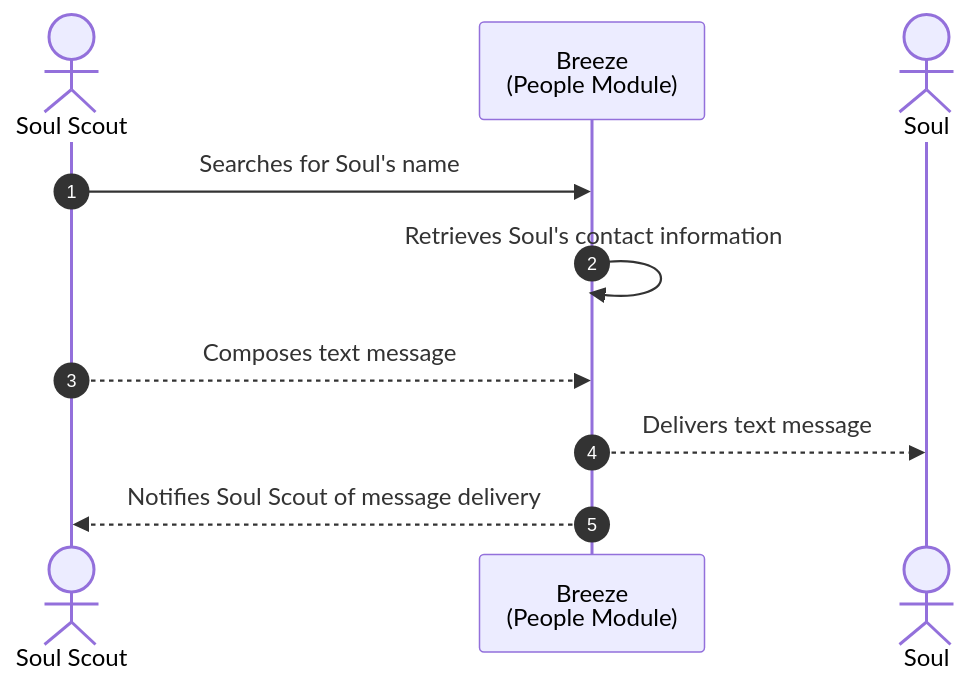
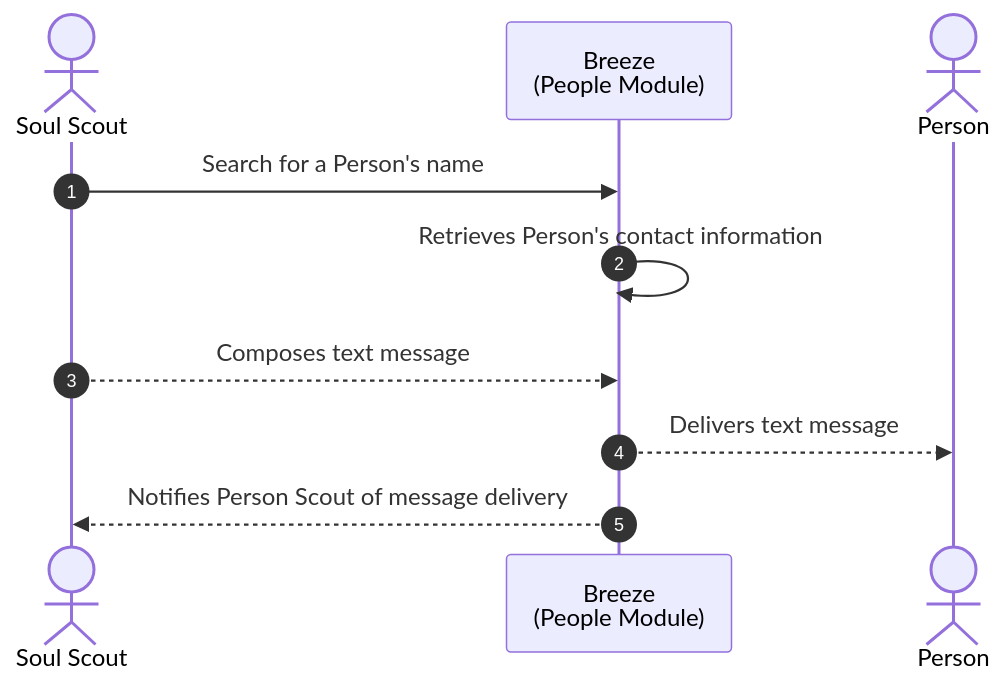
One commit to jadurani/sva-docs changed the first of 4 diagrams in README.md. Above: the diagram before and after it, drawn with Mermaid. The commit also changed other lines of this file and 2 other files, not shown here.

````diff
--- a/README.md
+++ b/README.md
@@ -44,13 +50,13 @@
 ```mermaid
 sequenceDiagram
   autonumber
   actor Soul_Scout as Soul Scout
   participant Breeze as Breeze <br>(People Module)
-  actor Soul
+  actor Person
 
-  Soul_Scout->>Breeze: Searches for Soul's name
-  Breeze->>Breeze: Retrieves Soul's contact information
+  Soul_Scout->>Breeze: Search for a Person's name
+  Breeze->>Breeze: Retrieves Person's contact information
   Soul_Scout-->>Breeze: Composes text message
-  Breeze-->>Soul: Delivers text message
-  Breeze-->>Soul_Scout: Notifies Soul Scout of message delivery
+  Breeze-->>Person: Delivers text message
+  Breeze-->>Soul_Scout: Notifies Person Scout of message delivery
 ```
````
